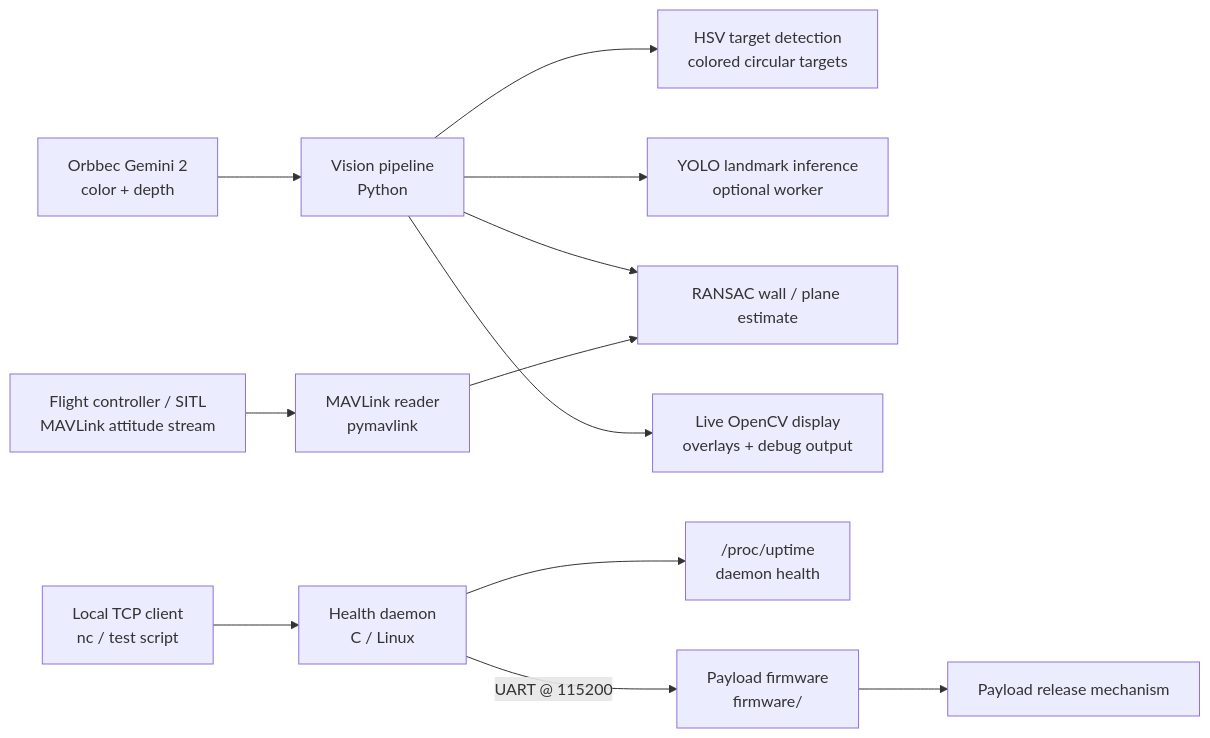
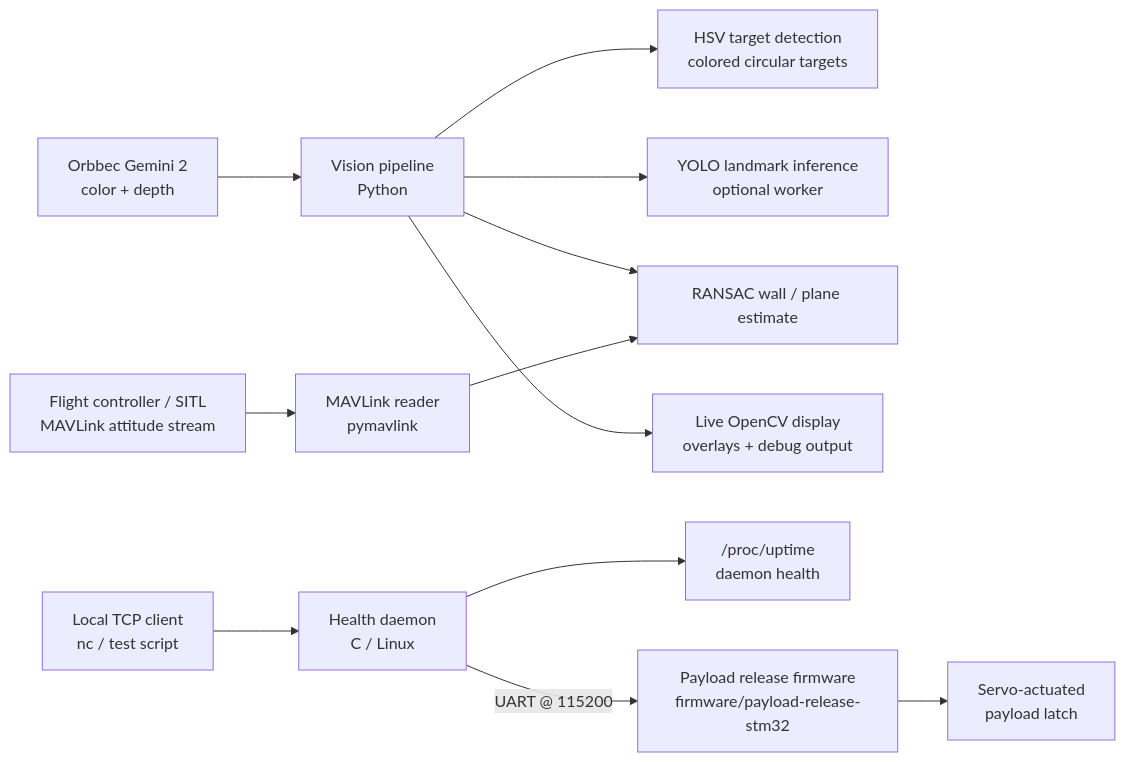
The diagram in README.md (vjhawar12/drone-onboard-systems), drawn with Mermaid before and after one commit. The commit also changed other lines of this file, not shown here.

Commit message:
docs: describe payload release firmware in top-level README

````diff
--- a/README.md
+++ b/README.md
@@ -41,15 +44,15 @@
 ```mermaid
 flowchart LR
     Camera["Orbbec Gemini 2<br/>color + depth"] --> Vision["Vision pipeline<br/>Python"]
     Vision --> Segmentation["HSV target detection<br/>colored circular targets"]
     Vision --> YOLO["YOLO landmark inference<br/>optional worker"]
     Vision --> RANSAC["RANSAC wall / plane estimate"]
     FlightController["Flight controller / SITL<br/>MAVLink attitude stream"] --> MAVLink["MAVLink reader<br/>pymavlink"]
     MAVLink --> RANSAC
     Vision --> Display["Live OpenCV display<br/>overlays + debug output"]
 
     Client["Local TCP client<br/>nc / test script"] --> HealthD["Health daemon<br/>C / Linux"]
     HealthD --> Linux["/proc/uptime<br/>daemon health"]
-    HealthD -->|UART @ 115200| PayloadFirmware["Payload firmware<br/>firmware/"]
-    PayloadFirmware --> Payload["Payload release mechanism"]
+    HealthD -->|UART @ 115200| PayloadFirmware["Payload release firmware<br/>firmware/payload-release-stm32"]
+    PayloadFirmware --> Payload["Servo-actuated<br/>payload latch"]
 ```
````
